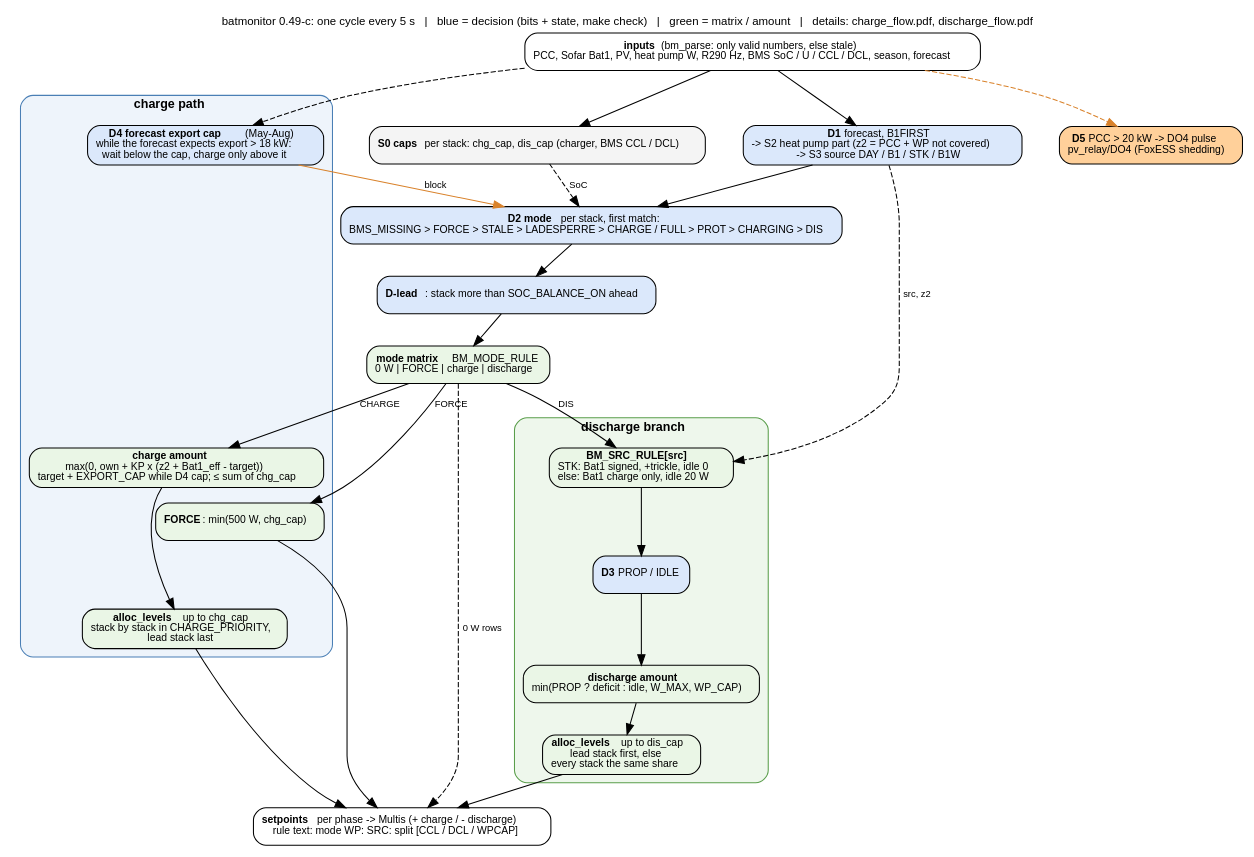
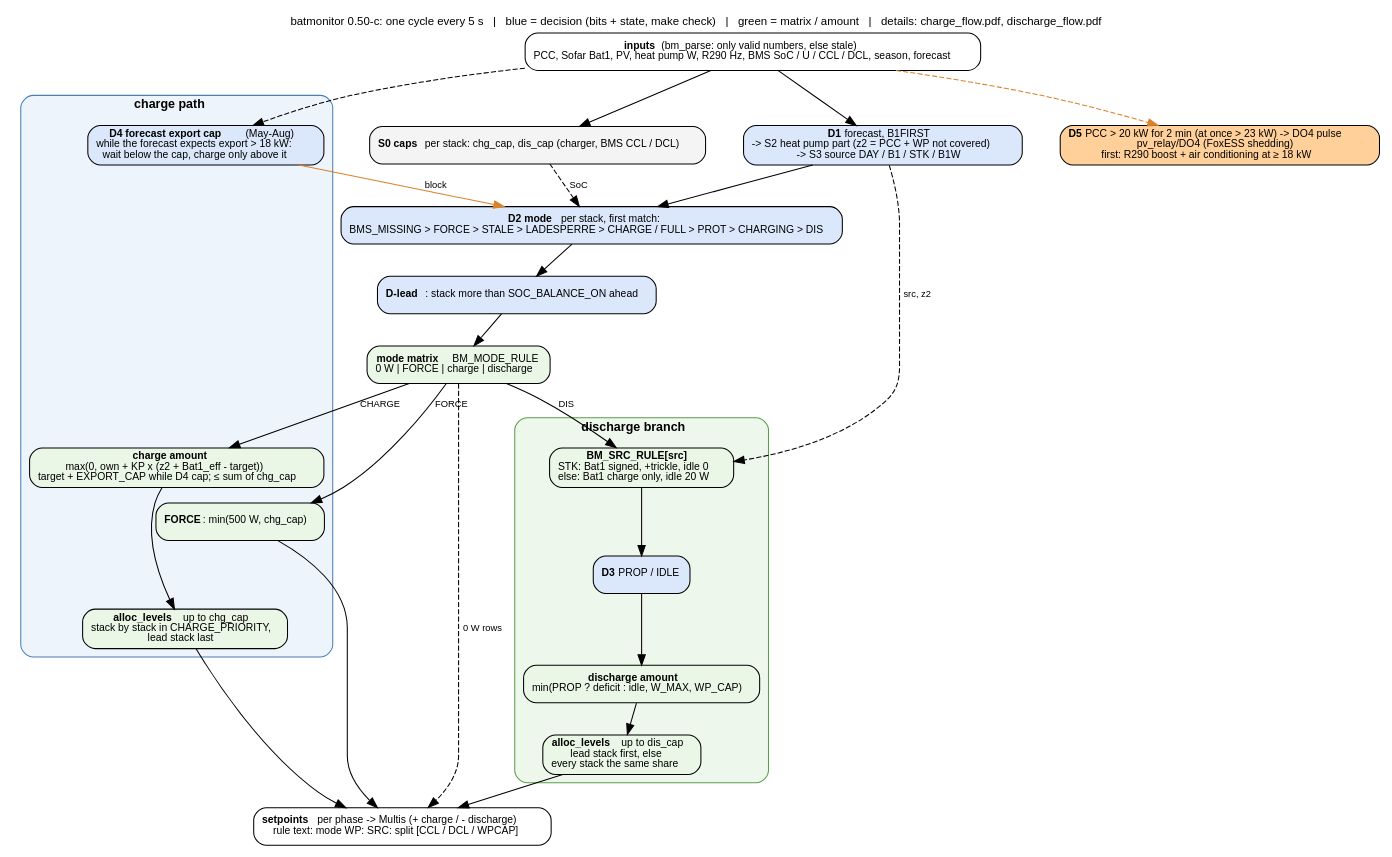
One commit to gerontec/victron changed the diagram in docs/control_flow.dot. Above: the diagram before and after it, drawn with Graphviz. The commit also changed 14 other files, not shown here.

First line of the commit message:
batmonitor 0.50-c / 0.50-py: DO4 grace - R290 boost and attic air conditioning before the FoxESS shedding

```diff
--- a/docs/control_flow.dot
+++ b/docs/control_flow.dot
@@ -1,54 +1,54 @@
 // batmonitor 0.49-c: overview of one cycle - a common trunk, then one charge path and one discharge branch.
 // Details: charge_flow.pdf (charge path, peak window) and discharge_flow.pdf (discharge matrix, CBMC coverage).
 // render: dot -Tpdf control_flow.dot -o control_flow.pdf   (or -Tpng)
 digraph control {
 	graph [rankdir=TB, fontname="Helvetica", fontsize=11, nodesep=0.5, ranksep=0.4, newrank=true,
-		   label="batmonitor 0.49-c: one cycle every 5 s   |   blue = decision (bits + state, make check)   |   green = matrix / amount   |   details: charge_flow.pdf, discharge_flow.pdf",
+		   label="batmonitor 0.50-c: one cycle every 5 s   |   blue = decision (bits + state, make check)   |   green = matrix / amount   |   details: charge_flow.pdf, discharge_flow.pdf",
 		   labelloc=t];
 	node [shape=box, style="rounded,filled", fillcolor="#f4f4f4", fontname="Helvetica", fontsize=10];
 	edge [fontname="Helvetica", fontsize=9];
 
 	in [label=<<b>inputs</b> (bm_parse: only valid numbers, else stale)<br/>PCC, Sofar Bat1, PV, heat pump W, R290 Hz, BMS SoC / U / CCL / DCL, season, forecast>, fillcolor="#ffffff"];
 	d1 [label=<<b>D1</b> forecast, B1FIRST<br/>-&gt; S2 heat pump part (z2 = PCC + WP not covered)<br/>-&gt; S3 source DAY / B1 / STK / B1W>, fillcolor="#dbe8fb"];
 	gates [label=<<b>S0 caps</b> per stack: chg_cap, dis_cap (charger, BMS CCL / DCL)>];
 	d2 [label=<<b>D2 mode</b> per stack, first match:<br/>BMS_MISSING &gt; FORCE &gt; STALE &gt; LADESPERRE &gt; CHARGE / FULL &gt; PROT &gt; CHARGING &gt; DIS>, fillcolor="#dbe8fb"];
 	lead [label=<<b>D-lead</b>: stack more than SOC_BALANCE_ON ahead>, fillcolor="#dbe8fb"];
 	mode [label=<<b>mode matrix</b> BM_MODE_RULE<br/>0 W | FORCE | charge | discharge>, fillcolor="#eaf6e6", shape=box];
 
 	subgraph cluster_charge {
 		label=<<b>charge path</b>>; style="rounded,filled"; fillcolor="#eef4fb"; color="#4a7fb5"; fontsize=12;
 		d4 [label=<<b>D4 forecast export cap</b> (May-Aug)<br/>while the forecast expects export &gt; 18 kW:<br/>wait below the cap, charge only above it>, fillcolor="#dbe8fb"];
 		cforce [label=<<b>FORCE</b>: min(500 W, chg_cap)>, fillcolor="#eaf6e6"];
 		camount [label=<<b>charge amount</b><br/>max(0, own + KP x (z2 + Bat1_eff - target))<br/>target + EXPORT_CAP while D4 cap; &le; sum of chg_cap>, fillcolor="#eaf6e6"];
 		csplit [label=<<b>alloc_levels</b> up to chg_cap<br/>stack by stack in CHARGE_PRIORITY,<br/>lead stack last>, fillcolor="#eaf6e6"];
 		camount -> csplit;
 	}
 
 	subgraph cluster_dis {
 		label=<<b>discharge branch</b>>; style="rounded,filled"; fillcolor="#eef7ec"; color="#5a9e4b"; fontsize=12;
 		src [label=<<b>BM_SRC_RULE[src]</b><br/>STK: Bat1 signed, +trickle, idle 0<br/>else: Bat1 charge only, idle 20 W>, fillcolor="#eaf6e6"];
 		d3 [label=<<b>D3</b> PROP / IDLE>, fillcolor="#dbe8fb"];
 		damount [label=<<b>discharge amount</b><br/>min(PROP ? deficit : idle, W_MAX, WP_CAP)>, fillcolor="#eaf6e6"];
 		dsplit [label=<<b>alloc_levels</b> up to dis_cap<br/>lead stack first, else<br/>every stack the same share>, fillcolor="#eaf6e6"];
 		src -> d3 -> damount -> dsplit;
 	}
 
-	d5 [label=<<b>D5</b> PCC &gt; 20 kW -&gt; DO4 pulse<br/>pv_relay/DO4 (FoxESS shedding)>, fillcolor="#ffd09a"];
+	d5 [label=<<b>D5</b> PCC &gt; 20 kW for 2 min (at once &gt; 23 kW) -&gt; DO4 pulse<br/>pv_relay/DO4 (FoxESS shedding)<br/>first: R290 boost + air conditioning at &ge; 18 kW>, fillcolor="#ffd09a"];
 	out [label=<<b>setpoints</b> per phase -&gt; Multis (+ charge / - discharge)<br/>rule text: mode WP: SRC: split [CCL / DCL / WPCAP]>, fillcolor="#ffffff"];
 
 	in -> d1 -> d2;
 	in -> gates;
 	gates -> d2 [style=dashed, label=" SoC"];
 	d2 -> lead -> mode;
 	mode -> cforce [label=" FORCE"];
 	mode -> camount [label=" CHARGE"];
 	mode -> src [label=" DIS"];
 	mode -> out [label=" 0 W rows", style=dashed];
 	d4 -> d2 [color="#d9822b", label=" block"];
 	in -> d4 [style=dashed];
 	in -> d5 [style=dashed, color="#d9822b"];
 	d1 -> src [style=dashed, label=" src, z2"];
 	cforce -> out;
 	csplit -> out;
 	dsplit -> out;
 }
```
